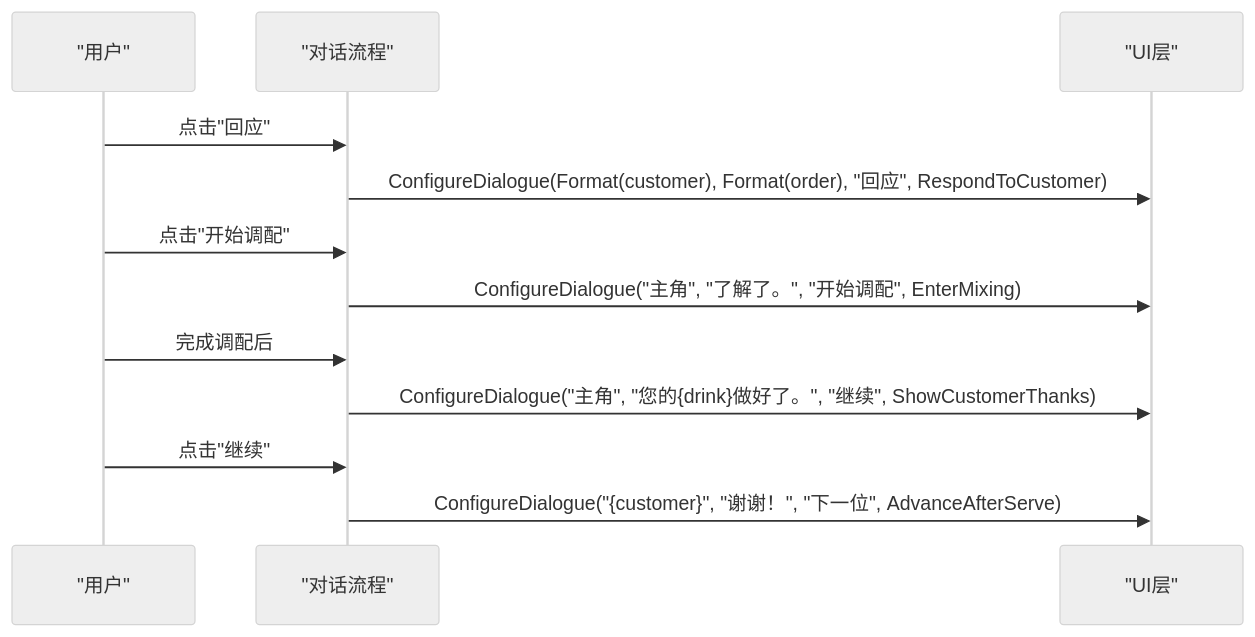
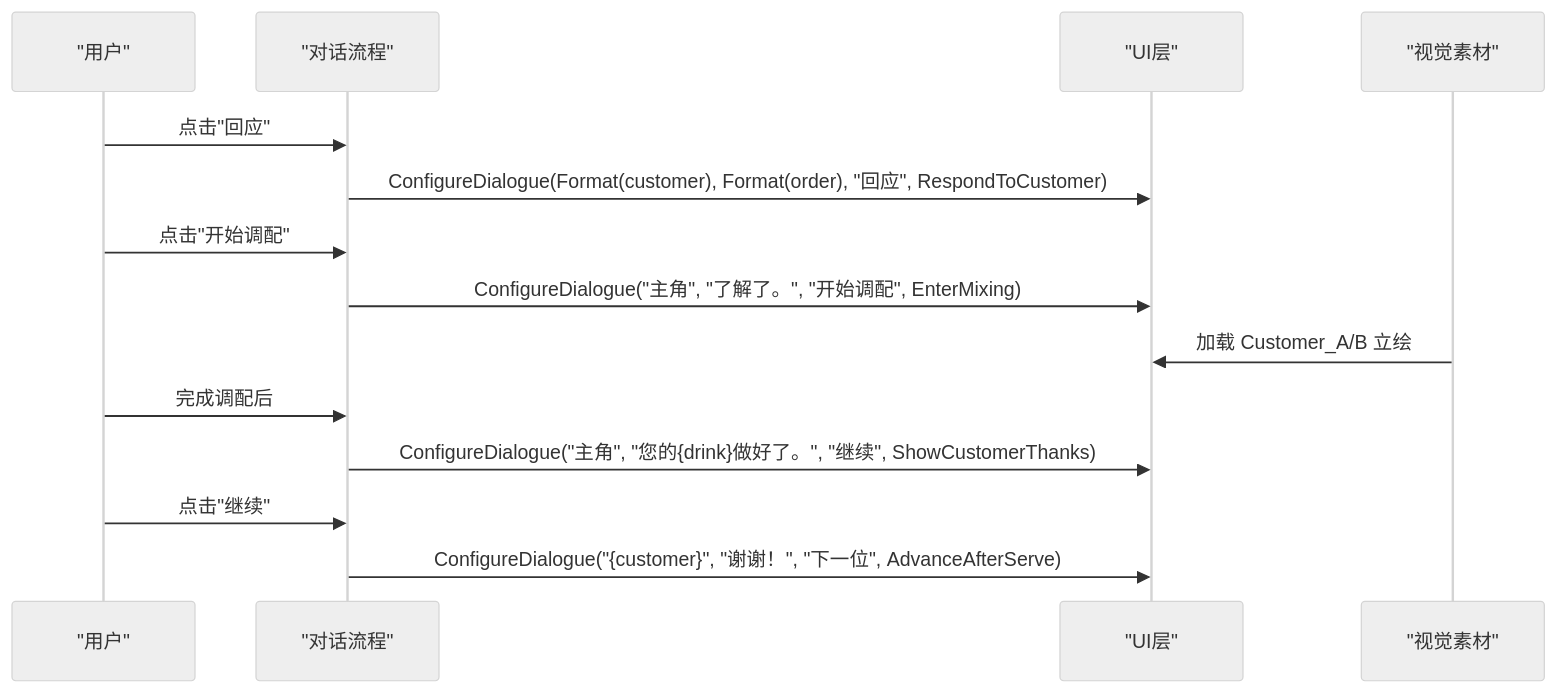
Before and after one commit to Thanatos42/-demo: the sixth of 7 diagrams in .qoder/repowiki/zh/content/对话系统设计.md, drawn with Mermaid (neutral theme). The commit also changed other lines of this file and 77 other files, not shown here.

````diff
--- a/.qoder/repowiki/zh/content/对话系统设计.md
+++ b/.qoder/repowiki/zh/content/对话系统设计.md
@@ -196,14 +210,16 @@
 ```mermaid
 sequenceDiagram
 participant User as "用户"
 participant Dialog as "对话流程"
 participant UI as "UI层"
+participant VisualAssets as "视觉素材"
 User->>Dialog : 点击"回应"
 Dialog->>UI : ConfigureDialogue(Format(customer), Format(order), "回应", RespondToCustomer)
 User->>Dialog : 点击"开始调配"
 Dialog->>UI : ConfigureDialogue("主角", "了解了。", "开始调配", EnterMixing)
+VisualAssets->>UI : 加载 Customer_A/B 立绘
 User->>Dialog : 完成调配后
 Dialog->>UI : ConfigureDialogue("主角", "您的{drink}做好了。", "继续", ShowCustomerThanks)
 User->>Dialog : 点击"继续"
 Dialog->>UI : ConfigureDialogue("{customer}", "谢谢！", "下一位", AdvanceAfterServe)
 ```
````
